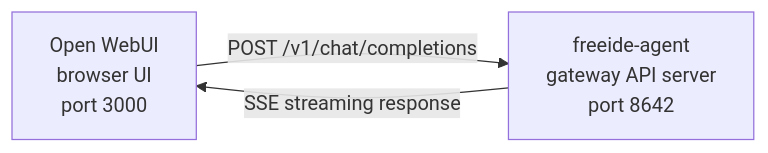
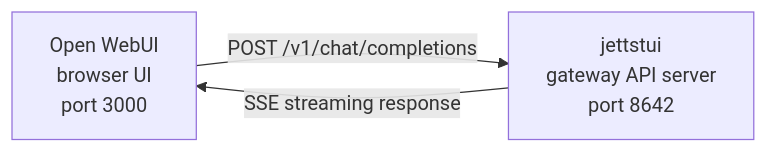
The diagram in docs/user-guide/messaging/open-webui.md (Raioshok/JETTS-TUI), drawn with Mermaid before and after one commit. The commit also changed other lines of this file and 4631 other files, not shown here.

````diff
--- a/docs/user-guide/messaging/open-webui.md
+++ b/docs/user-guide/messaging/open-webui.md
@@ -13,7 +13,7 @@
 ```mermaid
 flowchart LR
     A["Open WebUI<br/>browser UI<br/>port 3000"]
-    B["freeide-agent<br/>gateway API server<br/>port 8642"]
+    B["jettstui<br/>gateway API server<br/>port 8642"]
     A -->|POST /v1/chat/completions| B
     B -->|SSE streaming response| A
 ```
````
